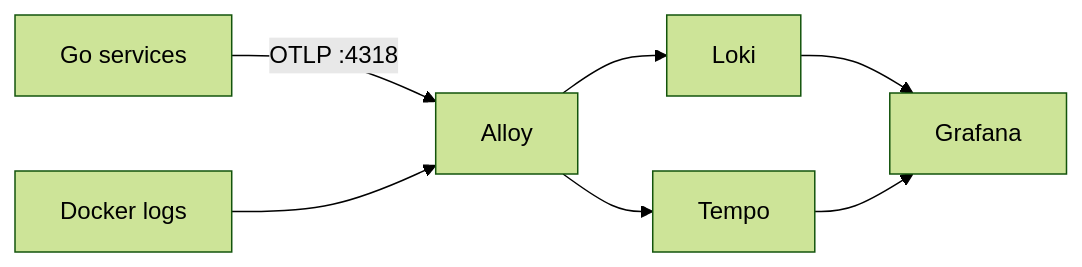
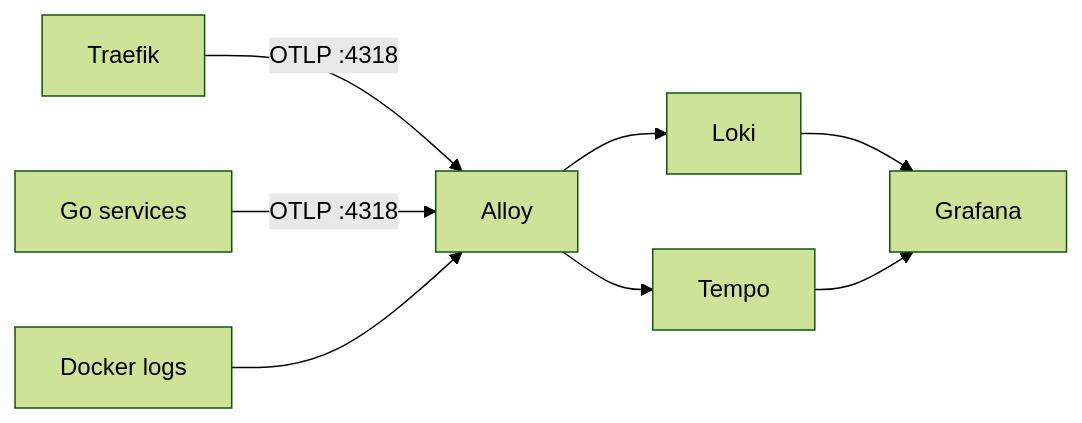
Before and after one commit to moomaideng/eventory: the diagram in docs/observability.md, drawn with Mermaid (forest theme). The commit also changed other lines of this file and 8 other files, not shown here.

````diff
--- a/docs/observability.md
+++ b/docs/observability.md
@@ -5,9 +5,10 @@
 ```mermaid
 flowchart LR
+    Traefik -- "OTLP :4318" --> Alloy
     Apps["Go services"] -- "OTLP :4318" --> Alloy
     Docker["Docker logs"] --> Alloy
     Alloy --> Loki
     Alloy --> Tempo
     Loki --> Grafana
     Tempo --> Grafana
 ```
````
